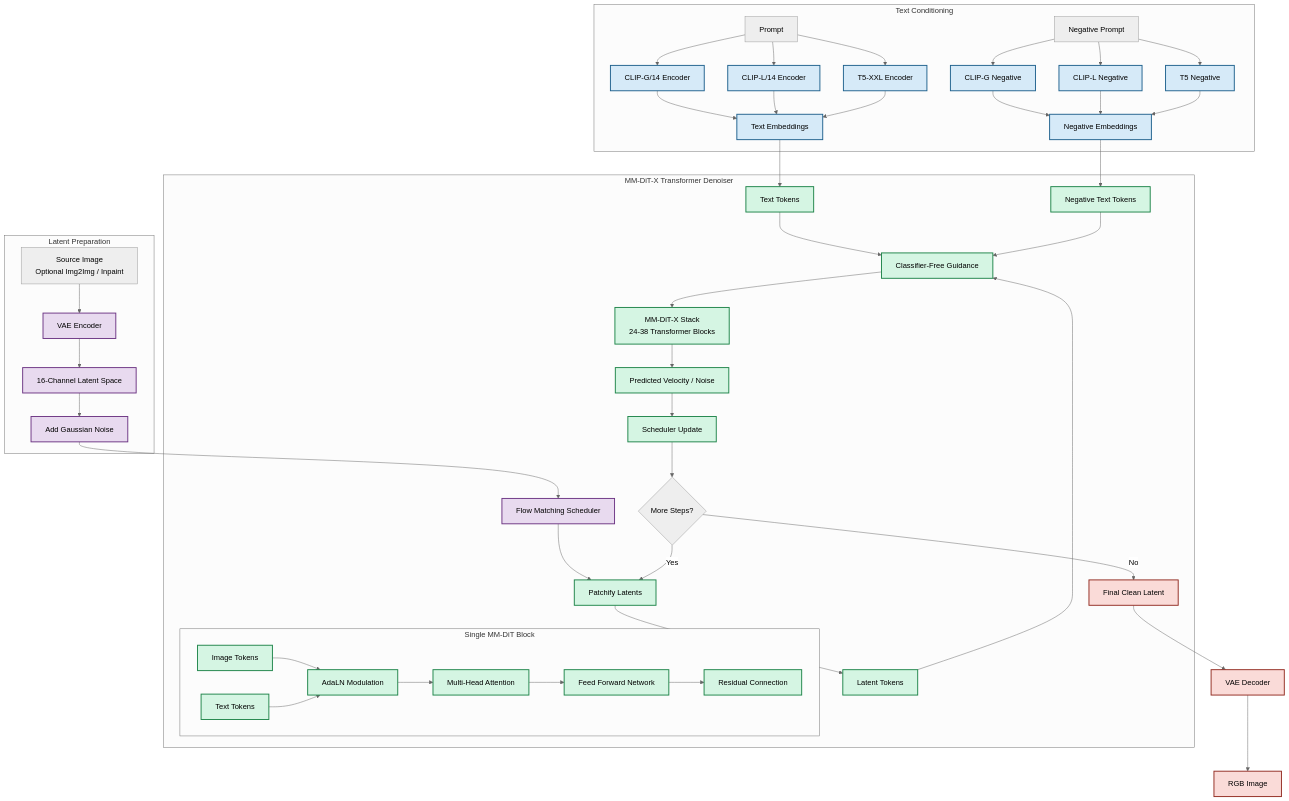
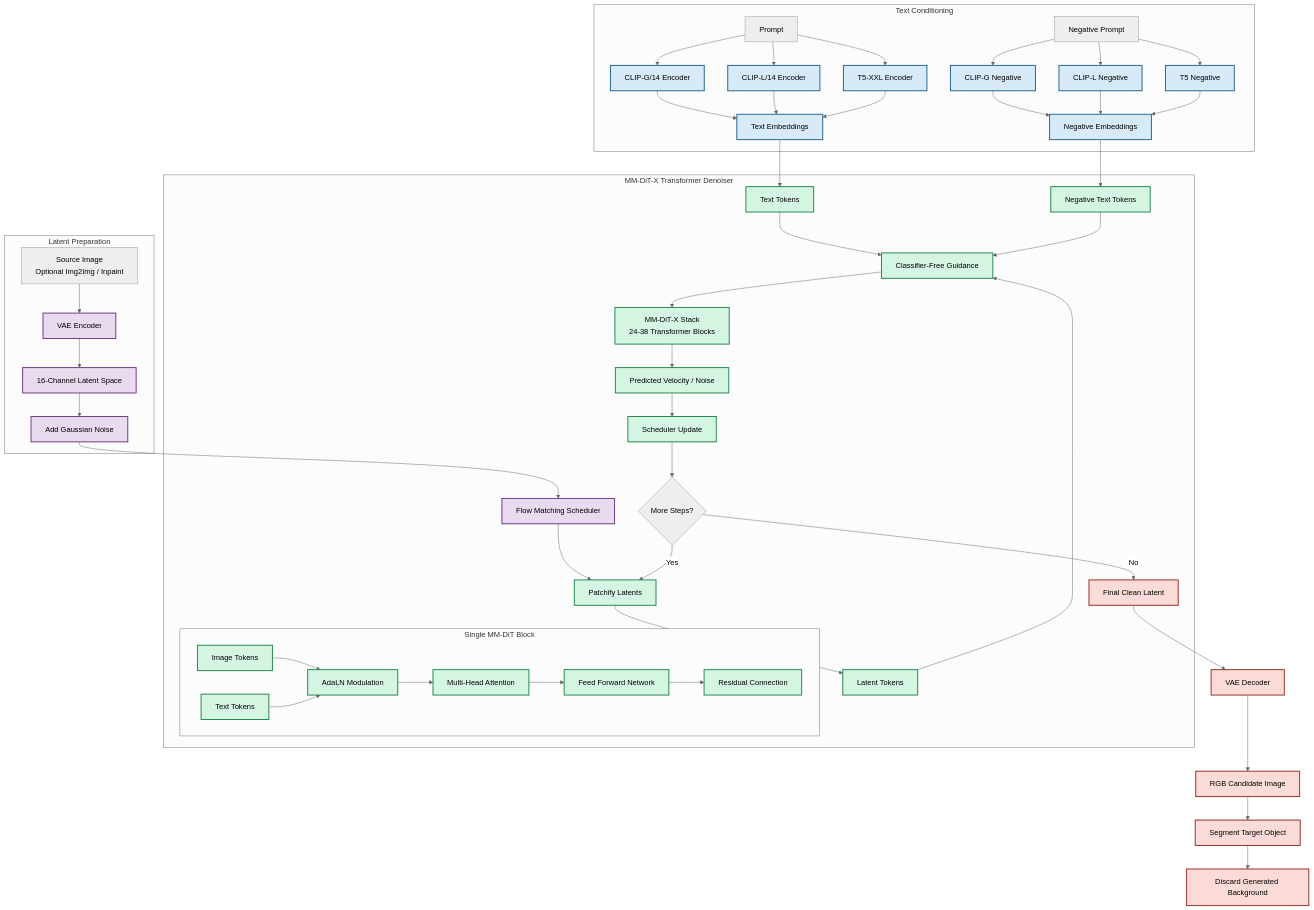
Before and after one commit to BDT-17/VIN: the second of 2 diagrams in docs/diagram.md, drawn with Mermaid (neutral theme). The commit also changed other lines of this file and 5 other files, not shown here.

````diff
--- a/docs/diagram.md
+++ b/docs/diagram.md
@@ -113,7 +150,10 @@
 
 AA --> AB[VAE Decoder]
 
-AB --> AC[RGB Image]
+AB --> AC[RGB Candidate Image]
+
+AC --> AD[Segment Target Object]
+AD --> AE[Discard Generated Background]
 
 %% =====================================================
 %% STYLING
@@ -128,5 +168,5 @@
 class D1,D2,D3,E1,E2,E3,F,G text
 class H,I,J,K latent
 class L,M,N,O,P,Q,R,S,T,U,V,W,X,Y dit
-class AC,AB,AA output
+class AC,AB,AA,AD,AE output
 ```
````
